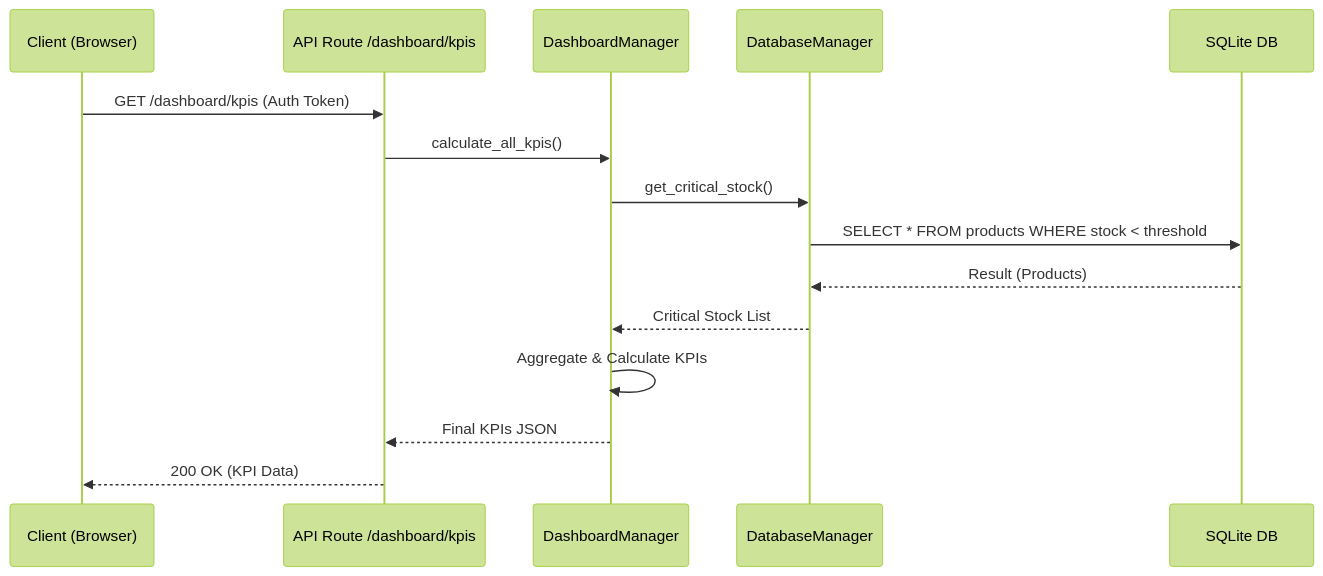
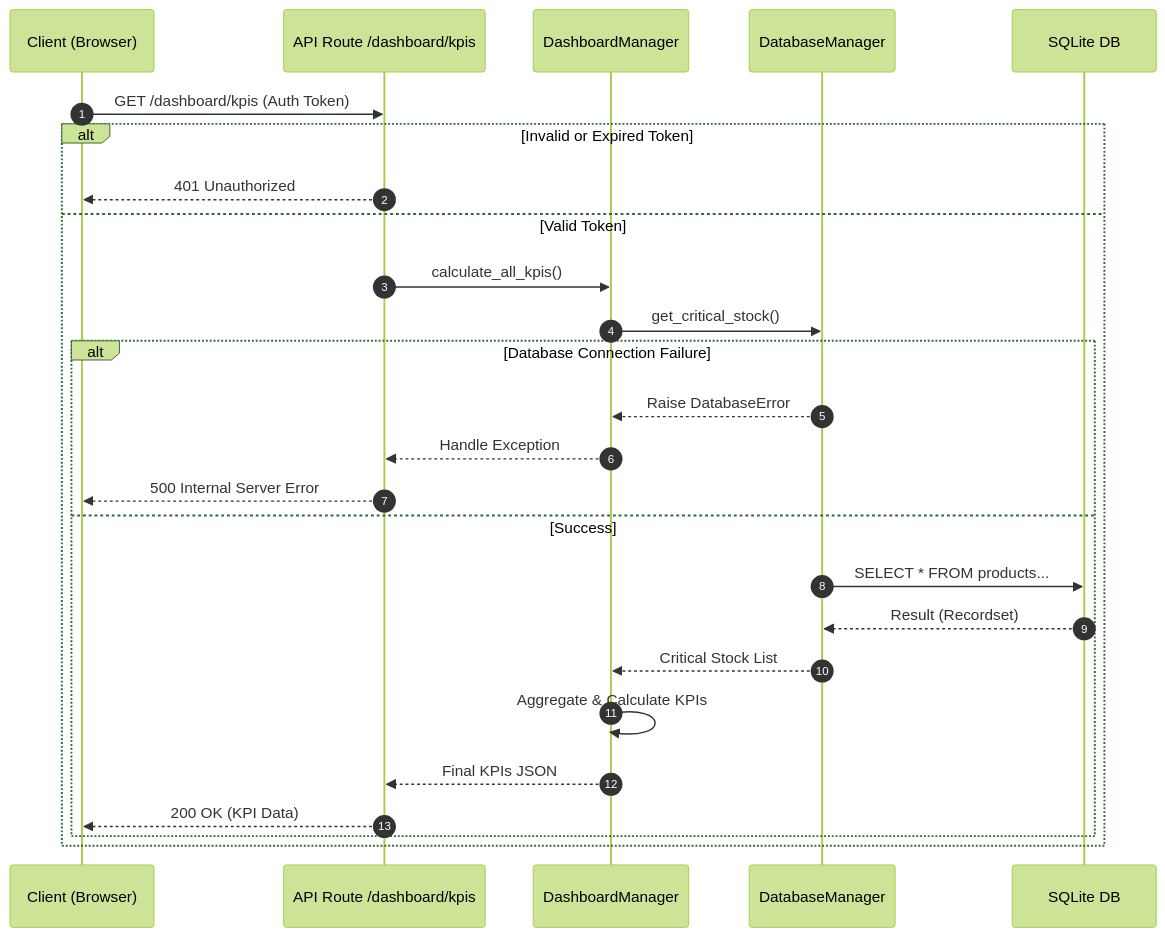
One commit to Mathieu7483/Portfolio changed the second of 4 diagrams in documentation.md. Above: the diagram before and after it, drawn with Mermaid (forest theme). The commit also changed other lines of this file, not shown here.

First line of the commit message:
Enhance sequence diagrams with error handling

````diff
--- a/documentation.md
+++ b/documentation.md
@@ -83,18 +83,31 @@
 ```mermaid
 sequenceDiagram
+    autonumber
     participant C as Client (Browser)
     participant R as API Route /dashboard/kpis
     participant DM as DashboardManager
     participant DBM as DatabaseManager
     participant DB as SQLite DB
 
     C->>R: GET /dashboard/kpis (Auth Token)
-    R->>DM: calculate_all_kpis()
-    DM->>DBM: get_critical_stock()
-    DBM->>DB: SELECT * FROM products WHERE stock < threshold
-    DB-->>DBM: Result (Products)
-    DBM-->>DM: Critical Stock List
-    DM->>DM: Aggregate & Calculate KPIs
-    DM-->>R: Final KPIs JSON
-    R-->>C: 200 OK (KPI Data)
+    
+    alt Invalid or Expired Token
+        R-->>C: 401 Unauthorized
+    else Valid Token
+        R->>DM: calculate_all_kpis()
+        DM->>DBM: get_critical_stock()
+        
+        alt Database Connection Failure
+            DBM-->>DM: Raise DatabaseError
+            DM-->>R: Handle Exception
+            R-->>C: 500 Internal Server Error
+        else Success
+            DBM->>DB: SELECT * FROM products...
+            DB-->>DBM: Result (Recordset)
+            DBM-->>DM: Critical Stock List
+            DM->>DM: Aggregate & Calculate KPIs
+            DM-->>R: Final KPIs JSON
+            R-->>C: 200 OK (KPI Data)
+        end
+    end
 ```
````
